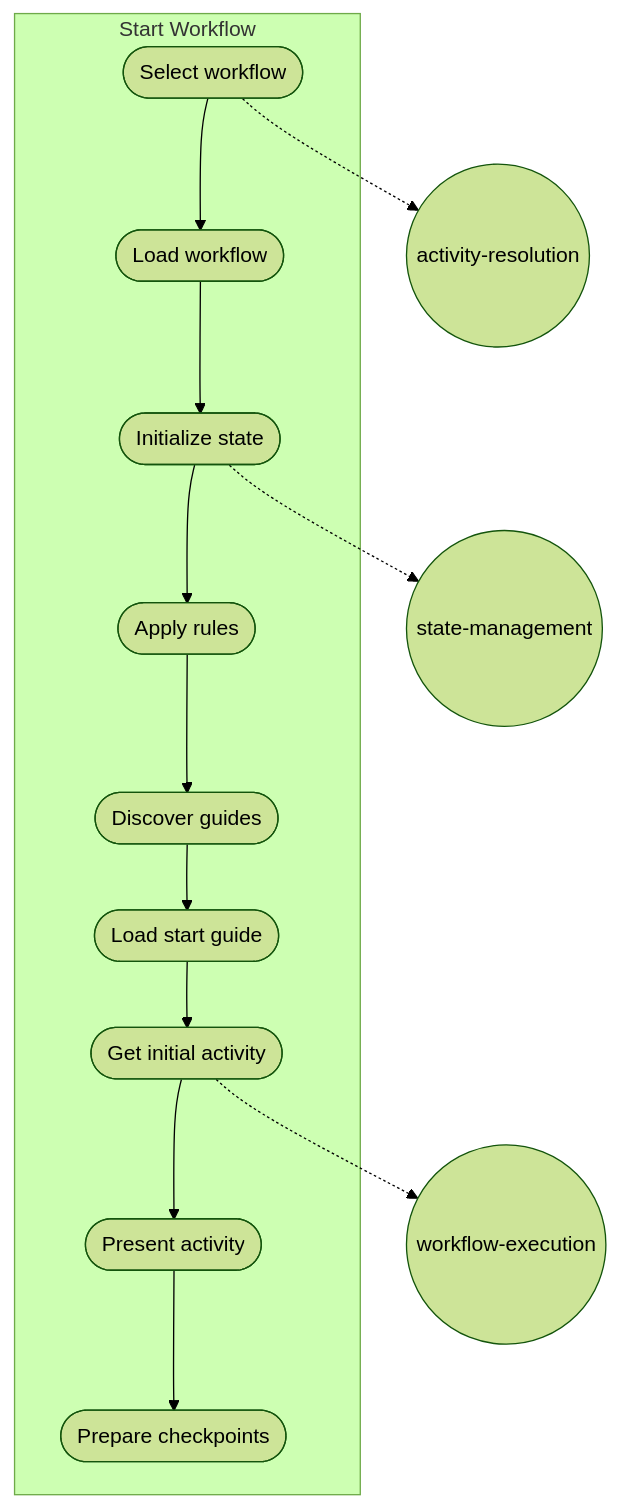
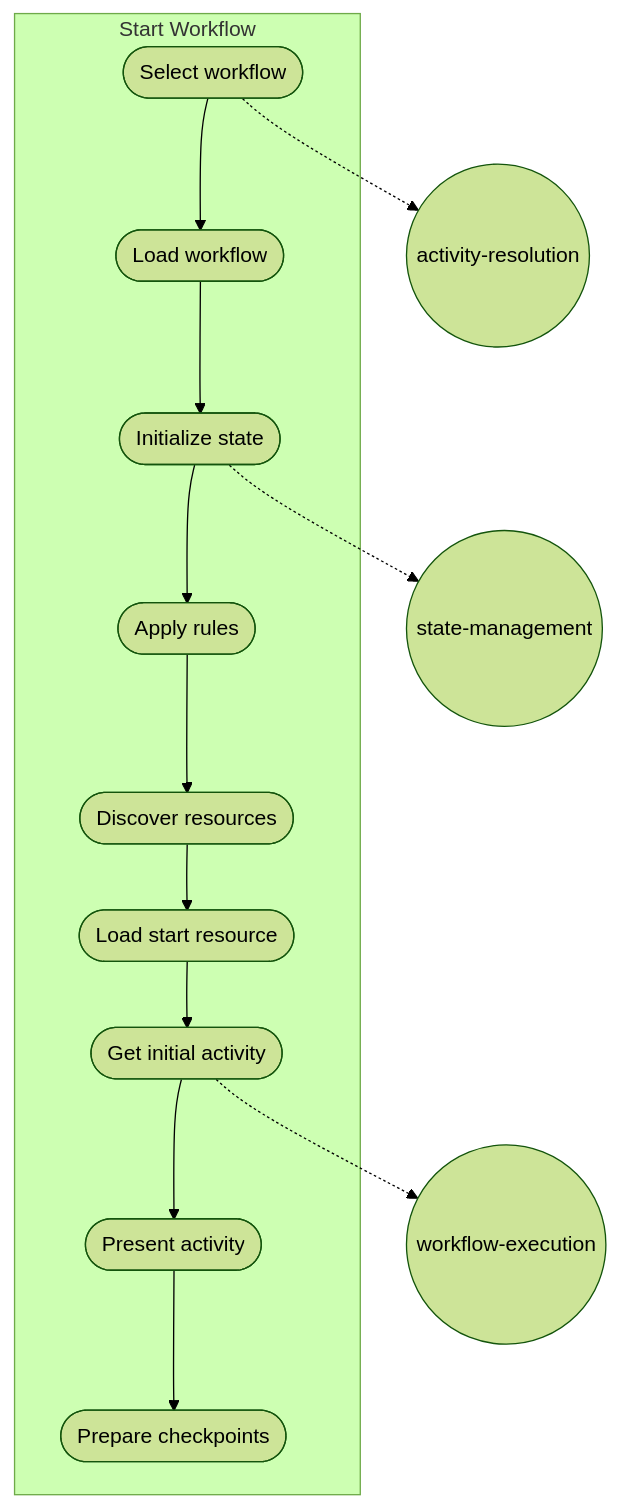
One commit to m2ux/workflow-server changed the second of 4 diagrams in meta/README.md. Above: the diagram before and after it, drawn with Mermaid (forest theme). The commit also changed other lines of this file and 4 other files, not shown here.

Commit message:
refactor: rename guides to resources in meta workflow

````diff
--- a/meta/README.md
+++ b/meta/README.md
@@ -44,24 +44,24 @@
 ```mermaid
 graph TD
     subgraph start-workflow[Start Workflow]
         s1([Select workflow])
         s2([Load workflow])
         s3([Initialize state])
         s4([Apply rules])
-        s5([Discover guides])
-        s6([Load start guide])
+        s5([Discover resources])
+        s6([Load start resource])
         s7([Get initial activity])
         s8([Present activity])
         s9([Prepare checkpoints])
         
         s1 --> s2 --> s3 --> s4 --> s5 --> s6 --> s7 --> s8 --> s9
     end
     
     skill1((workflow-execution))
     skill2((activity-resolution))
     skill3((state-management))
     
     s1 -.-> skill2
     s3 -.-> skill3
     s7 -.-> skill1
 ```
````
